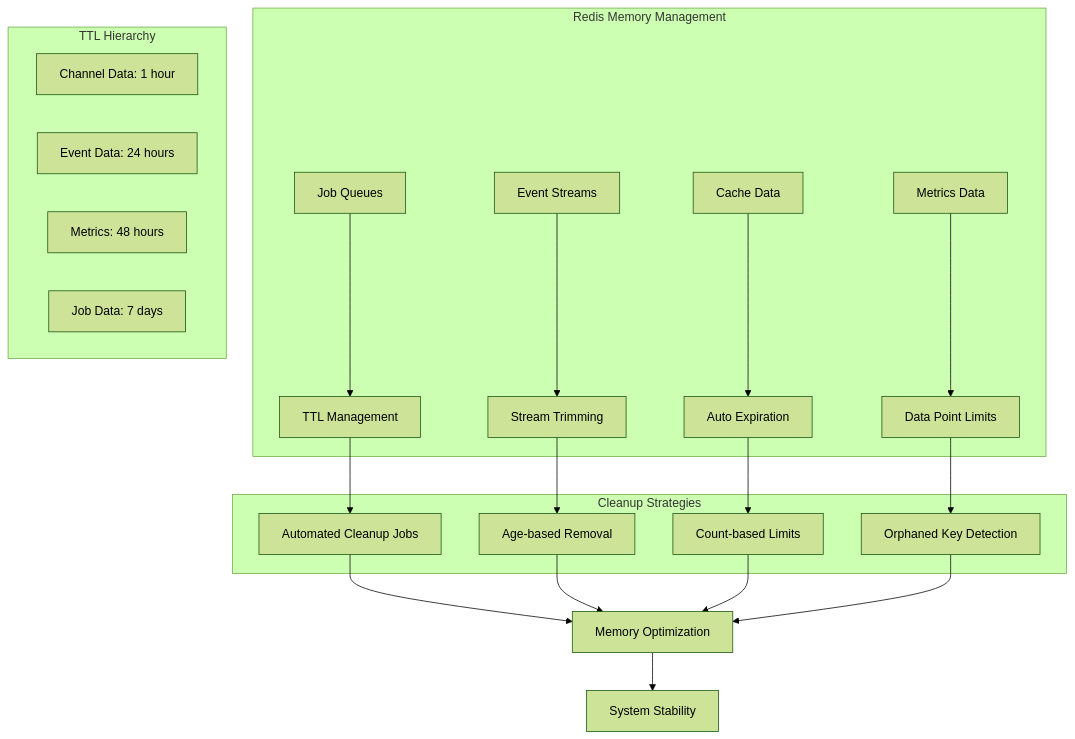
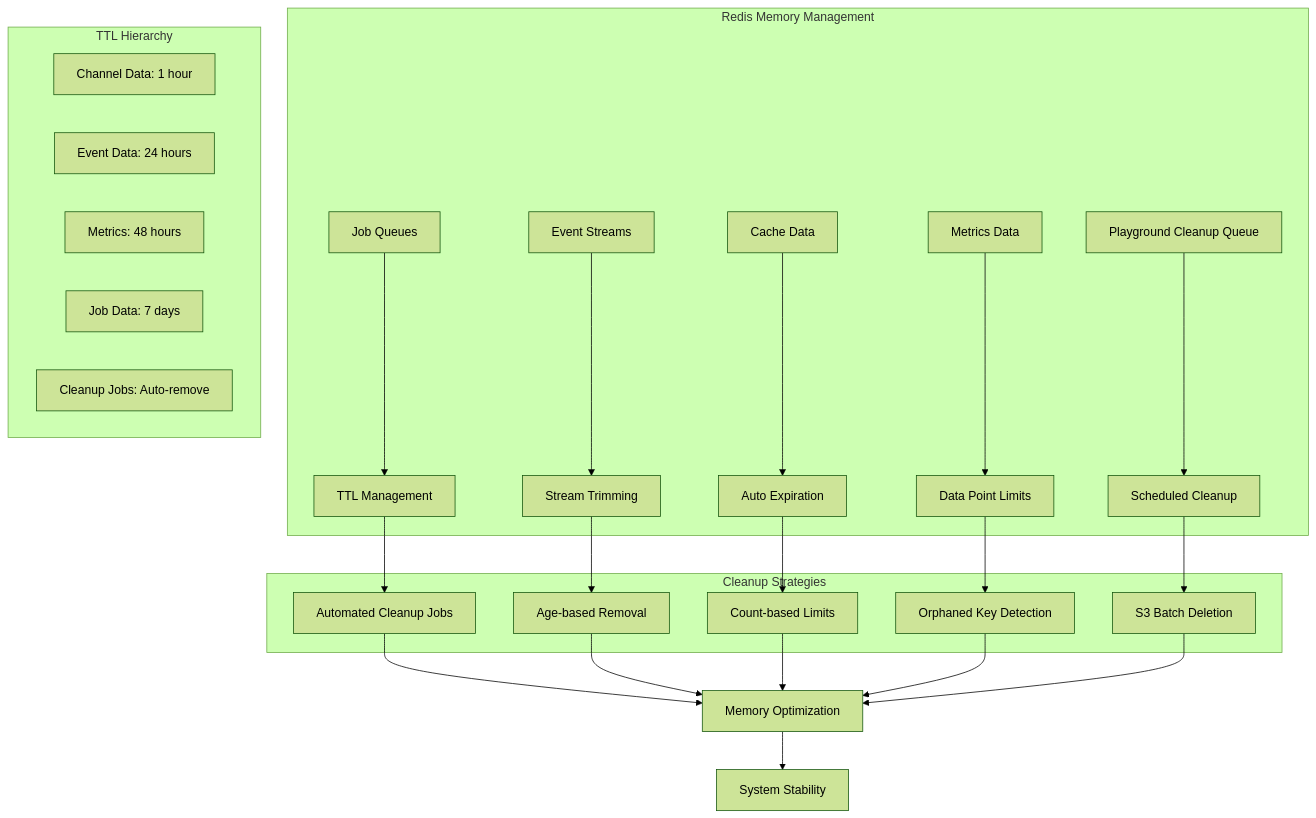
Before and after one commit to supercheck-io/supercheck-core: the diagram in specs/REDIS_MEMORY_MANAGEMENT.md, drawn with Mermaid (forest theme). The commit also changed other lines of this file and 18 other files, not shown here.

````diff
--- a/specs/REDIS_MEMORY_MANAGEMENT.md
+++ b/specs/REDIS_MEMORY_MANAGEMENT.md
@@ -5,35 +5,40 @@
 ```mermaid
 graph TB
     subgraph "Redis Memory Management"
         A1[Job Queues] --> B1[TTL Management]
         A2[Event Streams] --> B2[Stream Trimming]
         A3[Cache Data] --> B3[Auto Expiration]
         A4[Metrics Data] --> B4[Data Point Limits]
+        A5[Playground Cleanup Queue] --> B5[Scheduled Cleanup]
     end
     
     subgraph "Cleanup Strategies"
         C1[Automated Cleanup Jobs]
         C2[Age-based Removal]
         C3[Count-based Limits]
         C4[Orphaned Key Detection]
+        C5[S3 Batch Deletion]
     end
     
     subgraph "TTL Hierarchy"
         D1[Channel Data: 1 hour]
         D2[Event Data: 24 hours] 
         D3[Metrics: 48 hours]
         D4[Job Data: 7 days]
+        D5[Cleanup Jobs: Auto-remove]
     end
     
     B1 --> C1
     B2 --> C2
     B3 --> C3
     B4 --> C4
+    B5 --> C5
     
     C1 --> E1[Memory Optimization]
     C2 --> E1
     C3 --> E1  
     C4 --> E1
+    C5 --> E1
     
     E1 --> F1[System Stability]
 ```
````
